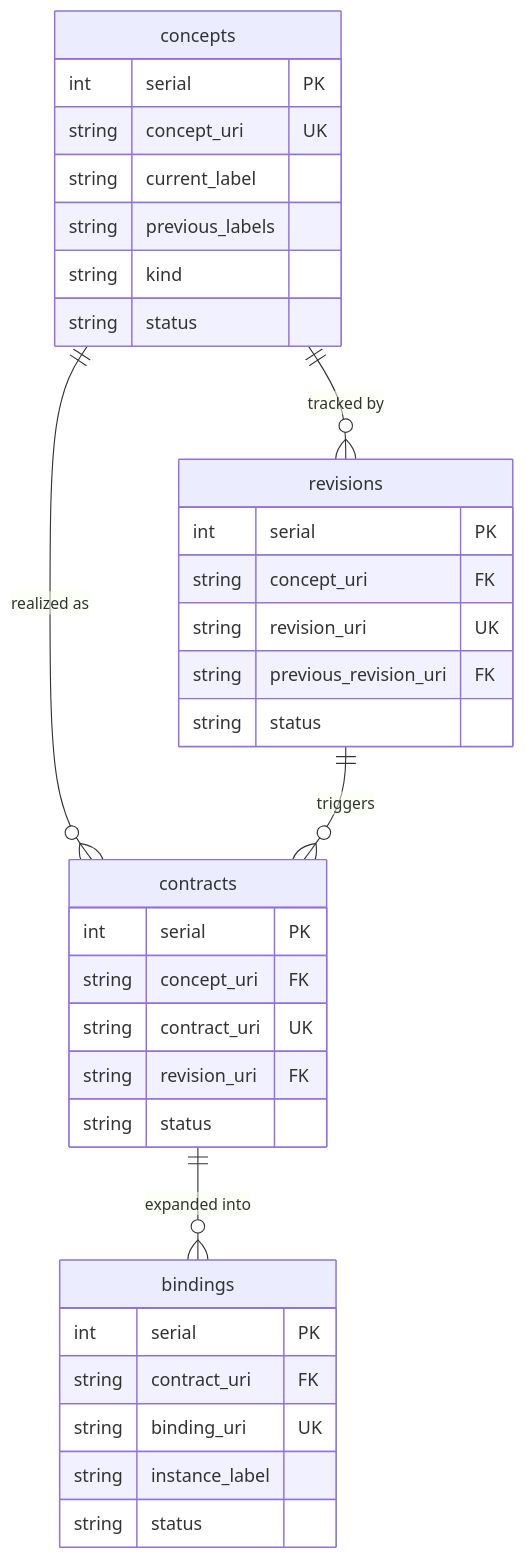
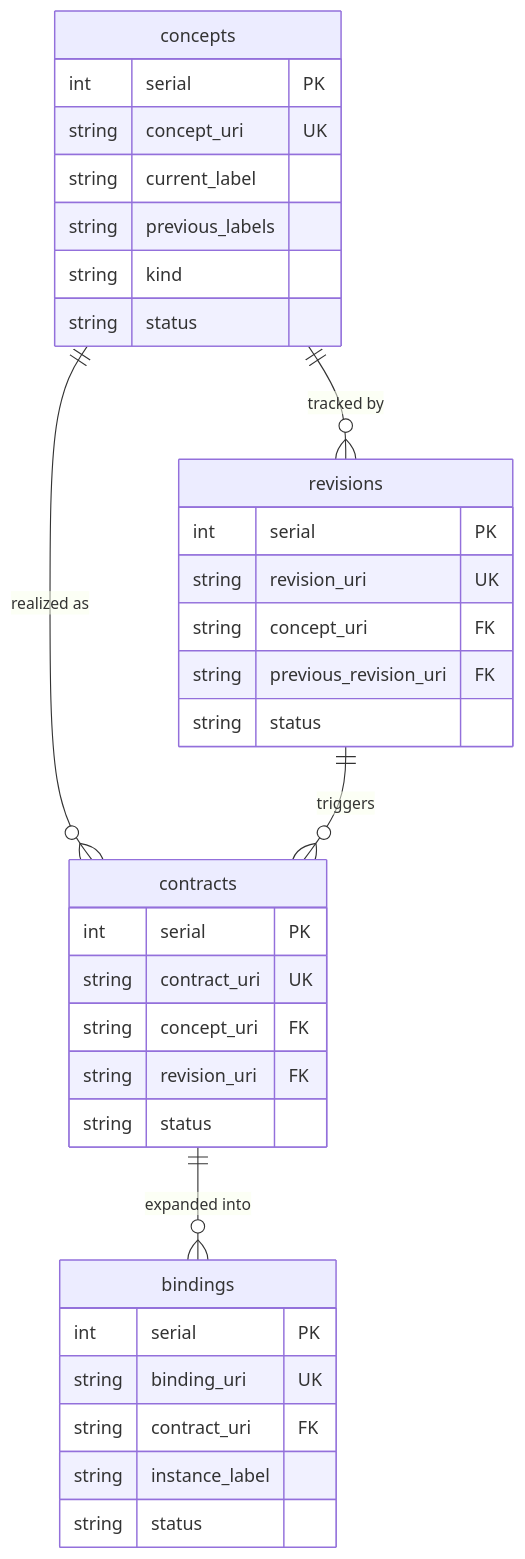
One commit to COVESA/modl changed the fifth of 5 diagrams in README.md. Above: the diagram before and after it, drawn with Mermaid. The commit also changed other lines of this file and 3 other files, not shown here.

````diff
--- a/README.md
+++ b/README.md
@@ -269,37 +269,37 @@
 ```mermaid
 erDiagram
     concepts ||--o{ revisions : "tracked by"
     concepts ||--o{ contracts : "realized as"
     revisions ||--o{ contracts : "triggers"
     contracts ||--o{ bindings : "expanded into"
 
     concepts {
         int serial PK
         string concept_uri UK
         string current_label
         string previous_labels
         string kind
         string status
     }
     revisions {
         int serial PK
+        string revision_uri UK
         string concept_uri FK
-        string revision_uri UK
         string previous_revision_uri FK
         string status
     }
     contracts {
         int serial PK
+        string contract_uri UK
         string concept_uri FK
-        string contract_uri UK
         string revision_uri FK
         string status
     }
     bindings {
         int serial PK
+        string binding_uri UK
         string contract_uri FK
-        string binding_uri UK
         string instance_label
         string status
     }
 ```
````
